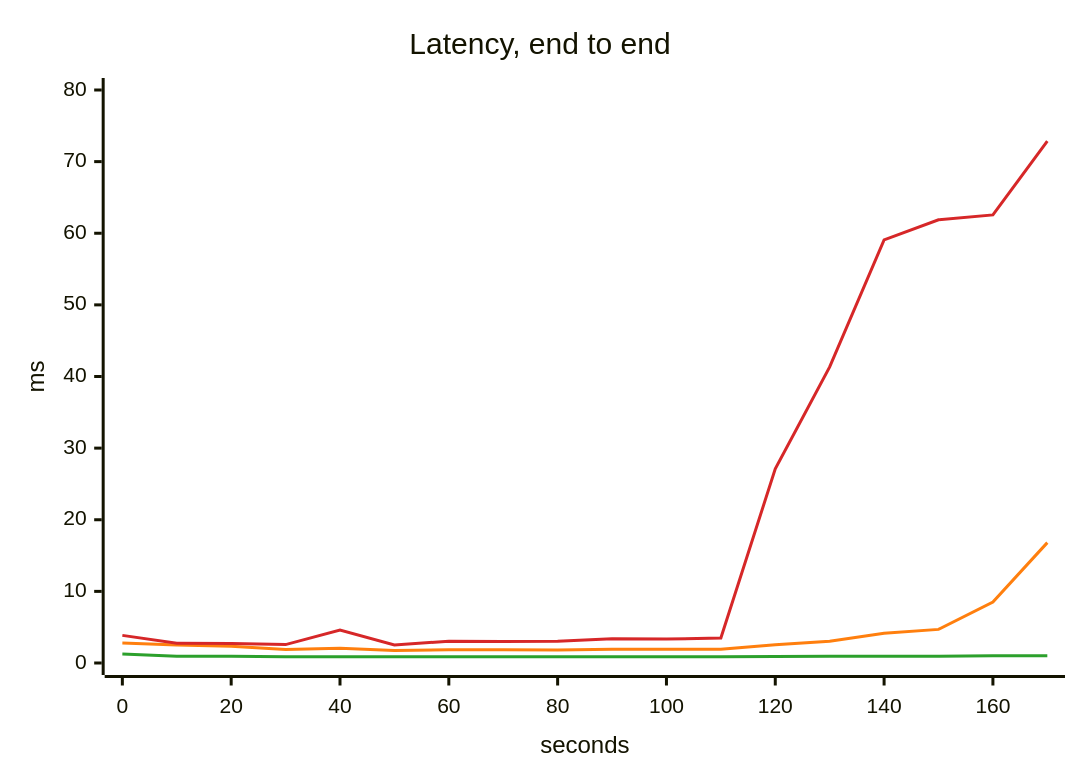
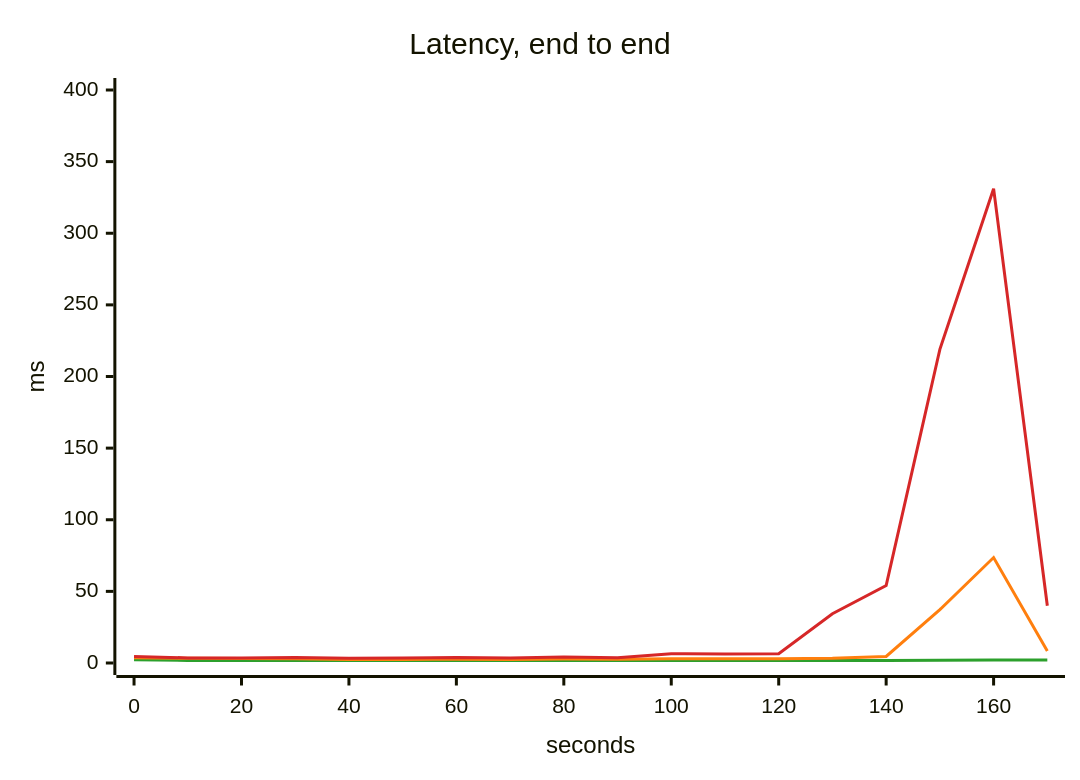
Before and after one commit to akinfemi/load-lore: the third of 5 diagrams in scenarios/stale-orders/solutions/read-your-writes/report.md, drawn with Mermaid. The commit also changed other lines of this file and 49 other files, not shown here.

````diff
--- a/scenarios/stale-orders/solutions/read-your-writes/report.md
+++ b/scenarios/stale-orders/solutions/read-your-writes/report.md
@@ -56,16 +58,16 @@
 ```mermaid
 ---
 config:
   themeVariables:
     xyChart:
       backgroundColor: "transparent"
       plotColorPalette: "#2ca02c, #ff7f0e, #d62728"
 ---
 xychart-beta
     title "Latency, end to end"
     x-axis "seconds" 0 --> 170
-    y-axis "ms" 0 --> 80
-    line [1.251, 0.958, 0.926, 0.872, 0.886, 0.86, 0.873, 0.89, 0.873, 0.874, 0.88, 0.886, 0.907, 0.931, 0.933, 0.929, 0.996, 1.01]
-    line [2.786, 2.513, 2.347, 1.873, 2.064, 1.737, 1.836, 1.844, 1.812, 1.929, 1.928, 1.931, 2.542, 3.039, 4.142, 4.691, 8.516, 16.806]
-    line [3.859, 2.75, 2.721, 2.572, 4.614, 2.53, 3.034, 2.996, 3.038, 3.386, 3.341, 3.493, 27.098, 41.337, 59.08, 61.878, 62.562, 72.863]
+    y-axis "ms" 0 --> 400
+    line [2.237, 1.82, 1.789, 1.758, 1.722, 1.685, 1.689, 1.699, 1.69, 1.696, 1.696, 1.691, 1.702, 1.728, 1.763, 1.874, 2.031, 2.129]
+    line [3.716, 3.279, 3.055, 2.941, 2.507, 2.517, 2.607, 2.519, 2.706, 2.605, 2.963, 2.959, 3.012, 3.264, 4.541, 37.226, 73.616, 8.401]
+    line [4.553, 3.554, 3.467, 3.833, 3.353, 3.418, 3.894, 3.405, 4.133, 3.705, 6.504, 6.263, 6.425, 34.42, 54.095, 218.986, 331.126, 39.974]
 ```
````
